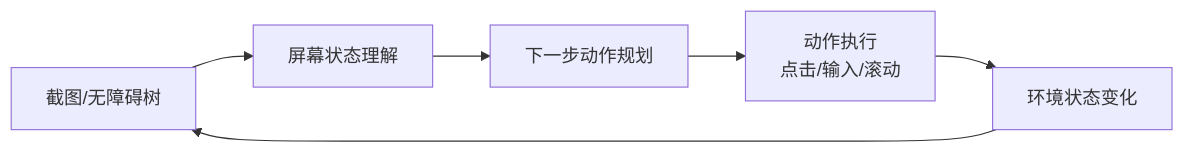
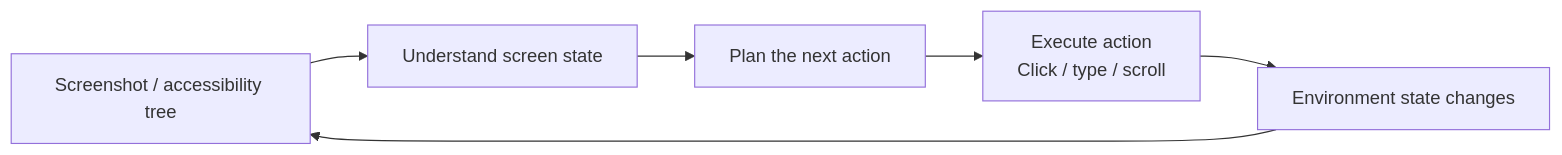
One commit to oneleaveknowsthefall/awesome-ai-roadmap changed the diagram in docs/multimodal/02-vision-document/04-computer-use.md. Above: the diagram before and after it, drawn with Mermaid. The commit also changed other lines of this file and 92 other files, not shown here.

````diff
--- a/docs/multimodal/02-vision-document/04-computer-use.md
+++ b/docs/multimodal/02-vision-document/04-computer-use.md
@@ -15,8 +15,8 @@
 ```mermaid
 flowchart LR
-    A[截图/无障碍树] --> B[屏幕状态理解]
-    B --> C[下一步动作规划]
-    C --> D["动作执行<br/>点击/输入/滚动"]
-    D --> E[环境状态变化]
+    A[Screenshot / accessibility tree] --> B[Understand screen state]
+    B --> C[Plan the next action]
+    C --> D["Execute action<br/>Click / type / scroll"]
+    D --> E[Environment state changes]
     E --> A
 ```
````
